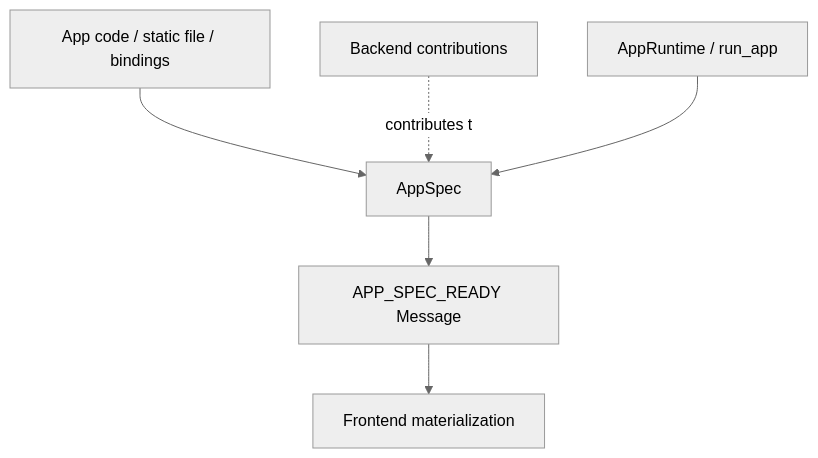
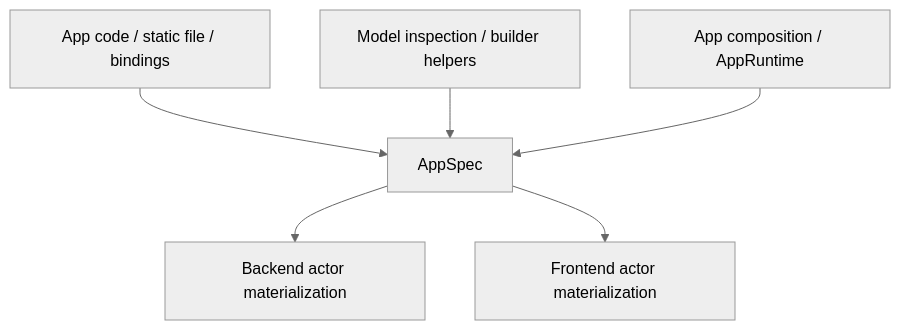
One commit to orrenravid1/CompartmentalNeuronGUI changed the fifth of 21 diagrams in docs/architecture/design/proposals/backend-transport-frontend-proposal.md. Above: the diagram before and after it, drawn with Mermaid (neutral theme). The commit also changed other lines of this file and 31 other files, not shown here.

Commit message:
Reframed all the frontend and backend as actors and roles which can exist in multiplatform scenario and also made appspec implementation complete

````diff
--- a/docs/architecture/design/proposals/backend-transport-frontend-proposal.md
+++ b/docs/architecture/design/proposals/backend-transport-frontend-proposal.md
@@ -471,15 +496,15 @@
 ```mermaid
 flowchart TD
     AppCode[App code / static file / bindings]
-    BackendContrib[Backend contributions]
-    AppRuntime[AppRuntime / run_app]
+    ModelInspect[Model inspection / builder helpers]
+    AppRuntime[App composition / AppRuntime]
     AppSpec[AppSpec]
-    Ready[APP_SPEC_READY Message]
-    Frontend[Frontend materialization]
+    Backend[Backend actor materialization]
+    Frontend[Frontend actor materialization]
 
     AppCode --> AppSpec
-    BackendContrib -.contributes to.-> AppSpec
+    ModelInspect --> AppSpec
     AppRuntime --> AppSpec
-    AppSpec --> Ready
-    Ready --> Frontend
+    AppSpec --> Backend
+    AppSpec --> Frontend
 ```
````
